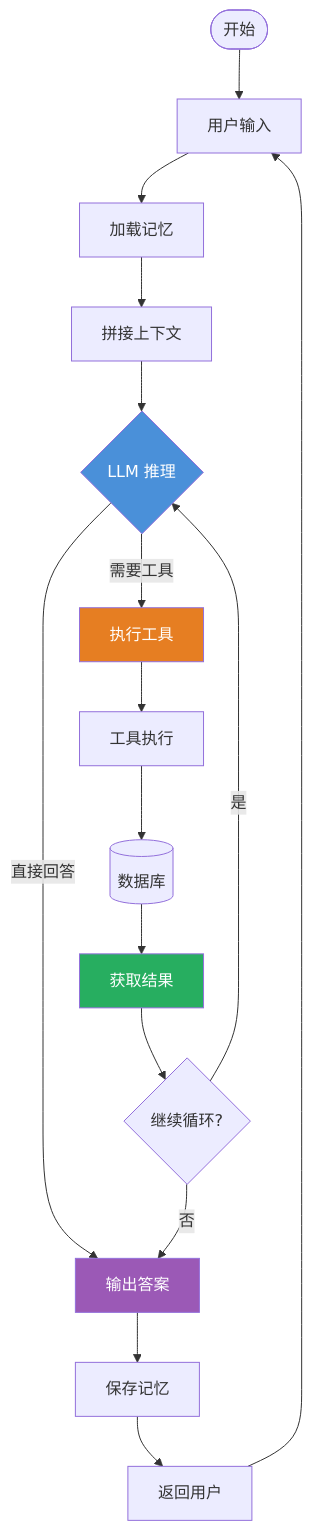
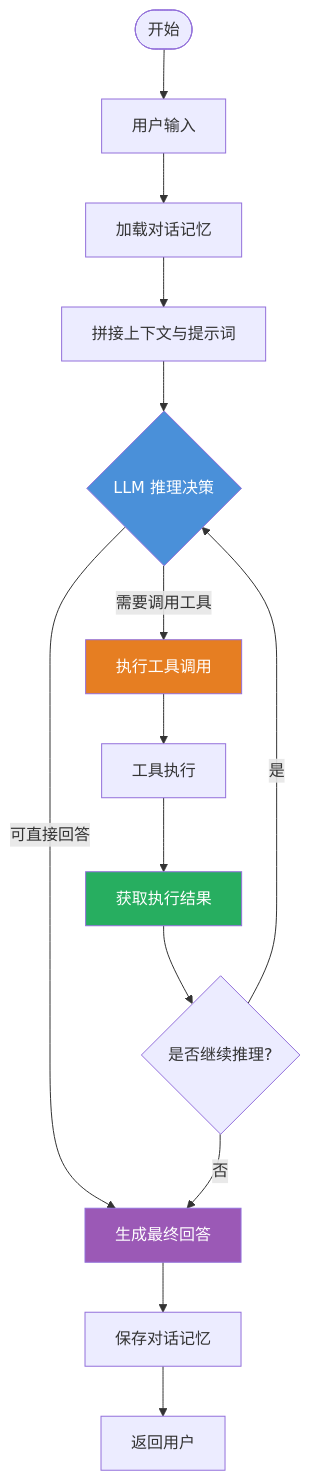
Before and after one commit to chain-engine/x-langchain: the second of 3 diagrams in README.md, drawn with Mermaid. The commit also changed other lines of this file and 1 other file, not shown here.

````diff
--- a/README.md
+++ b/README.md
@@ -309,28 +236,25 @@
 ```mermaid
 flowchart TD
-    Start([开始]) --> Input[用户输入]
-    Input --> LoadMem[加载记忆]
-    LoadMem --> AppendCtx[拼接上下文]
+    Start(["开始"]) --> Input["用户输入"]
+    Input --> LoadMem["加载对话记忆"]
+    LoadMem --> AppendCtx["拼接上下文与提示词"]
 
-    AppendCtx --> Think{LLM 推理}
-    Think -->|需要工具| Act[执行工具]
-    Think -->|直接回答| FinalAnswer[输出答案]
+    AppendCtx --> Think{"LLM 推理决策"}
+    Think -->|"需要调用工具"| Act["执行工具调用"]
+    Think -->|"可直接回答"| FinalAnswer["生成最终回答"]
 
-    Act --> ToolExecute[工具执行]
-    ToolExecute --> DB[(数据库)]
+    Act --> ToolExec["工具执行"]
+    ToolExec --> Observe["获取执行结果"]
+    Observe --> Continue{"是否继续推理?"}
 
-    DB --> Observe[获取结果]
-    Observe --> Continue{继续循环?}
+    Continue -->|"是"| Think
+    Continue -->|"否"| FinalAnswer
 
-    Continue -->|是| Think
-    Continue -->|否| FinalAnswer
-
-    FinalAnswer --> SaveMem[保存记忆]
-    SaveMem --> Output[返回用户]
-    Output --> Input
+    FinalAnswer --> SaveMem["保存对话记忆"]
+    SaveMem --> Output["返回用户"]
 
     style Think fill:#4A90D9,color:#fff
     style Act fill:#E67E22,color:#fff
     style Observe fill:#27AE60,color:#fff
     style FinalAnswer fill:#9B59B6,color:#fff
 ```
````
